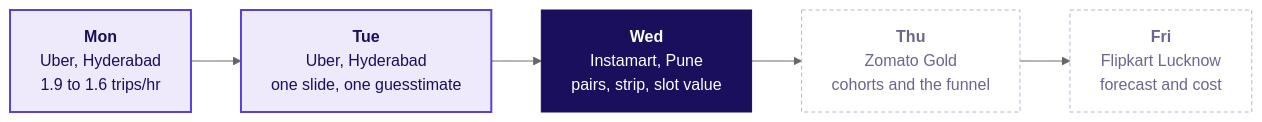
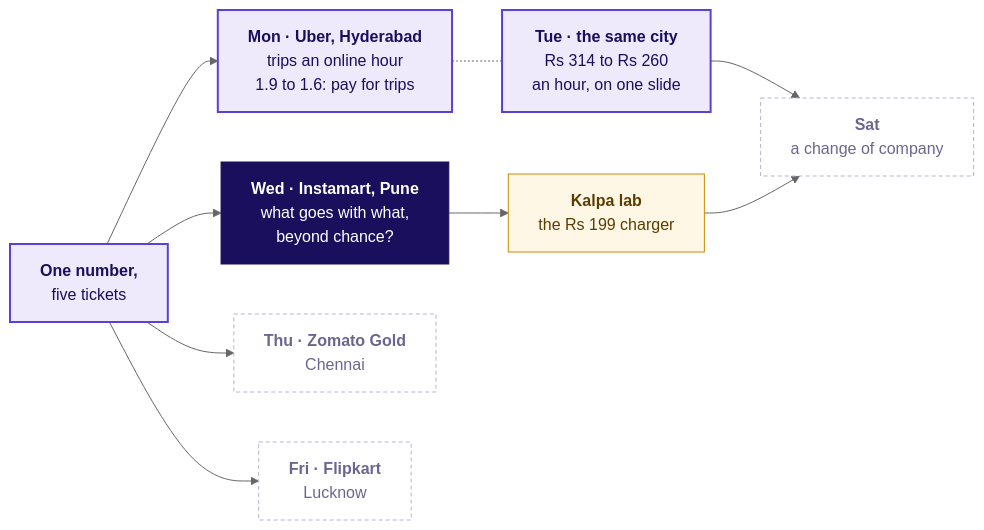
One commit to fde-academy-lab/c2-content-factory changed the first of 4 diagrams in content/W04/D3/slides/C2_W04_D03_half1_STUDENT.md. Above: the diagram before and after it, drawn with Mermaid (neutral theme). The commit also changed other lines of this file and 37 other files, not shown here.

````diff
--- a/content/W04/D3/slides/C2_W04_D03_half1_STUDENT.md
+++ b/content/W04/D3/slides/C2_W04_D03_half1_STUDENT.md
@@ -45,13 +44,27 @@
 ```mermaid
 flowchart LR
-    M["<b>Mon</b><br/>Uber, Hyderabad<br/>1.9 to 1.6 trips/hr"] --> T["<b>Tue</b><br/>Uber, Hyderabad<br/>one slide, one guesstimate"]
-    T --> W["<b>Wed</b><br/>Instamart, Pune<br/>pairs, strip, slot value"]
-    W --> H["<b>Thu</b><br/>Zomato Gold<br/>cohorts and the funnel"]
-    H --> F["<b>Fri</b><br/>Flipkart Lucknow<br/>forecast and cost"]
+    C["<b>One number,</b><br/>five tickets"]
+    M["<b>Mon · Uber, Hyderabad</b><br/>trips an online hour<br/>1.9 to 1.6: pay for trips"]
+    T["<b>Tue · the same city</b><br/>Rs 314 to Rs 260<br/>an hour, on one slide"]
+    W["<b>Wed · Instamart, Pune</b><br/>what goes with what,<br/>beyond chance?"]
+    H["<b>Thu · Zomato Gold</b><br/>Chennai"]
+    F["<b>Fri · Flipkart</b><br/>Lucknow"]
+    S["<b>Sat</b><br/>a change of company"]
+    K["<b>Kalpa lab</b><br/>the Rs 199 charger"]
+    C --> M
+    C --> W
+    C --> H
+    C --> F
+    M -.- T
+    W --> K
+    T --> S
+    K --> S
     classDef lit fill:#1A0F5C,stroke:#1A0F5C,color:#FFFFFF
     classDef known fill:#EEEAFB,stroke:#5B3FD6,color:#1A0F5C,stroke-width:2px
     classDef unknown fill:#FFFFFF,stroke:#B8B2D6,color:#6B6690,stroke-dasharray:4 3
-    class M,T known
+    classDef kalpa fill:#FFF7E6,stroke:#C98A00,color:#5C3D00
+    class C,M,T known
     class W lit
-    class H,F unknown
+    class H,F,S unknown
+    class K kalpa
 ```
````
